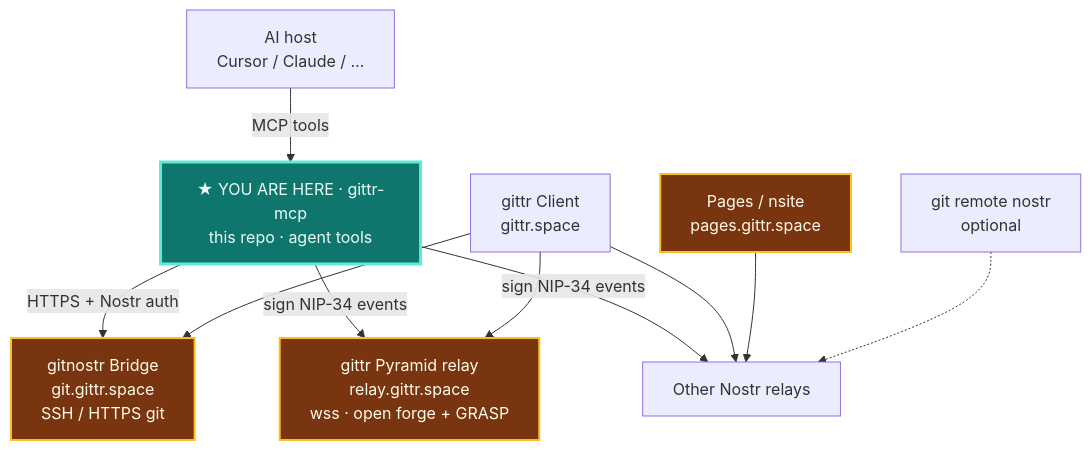
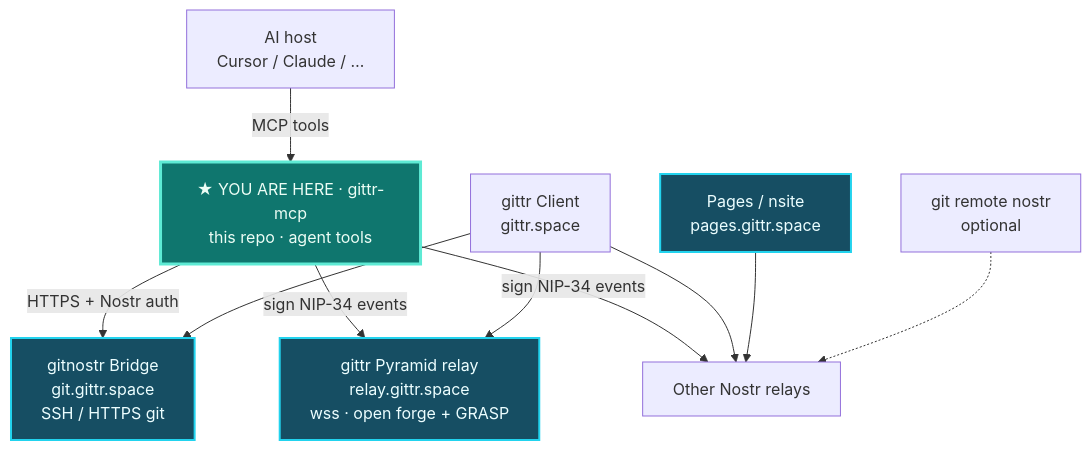
The diagram in README.md (arbadacarbaYK/gittr-mcp), drawn with Mermaid before and after one commit. The commit also changed other lines of this file, not shown here.

Commit message:
docs: use cyan host boxes on platform map for dark UI

````diff
--- a/README.md
+++ b/README.md
@@ -25,26 +25,26 @@
 ```mermaid
 flowchart TB
   Agent["AI host<br/>Cursor / Claude / …"]
   MCP["★ YOU ARE HERE · gittr-mcp<br/>this repo · agent tools"]
   UI["gittr Client<br/>gittr.space"]
   Bridge["gitnostr Bridge<br/>git.gittr.space<br/>SSH / HTTPS git"]
   RelayGittr["gittr Pyramid relay<br/>relay.gittr.space<br/>wss · open forge + GRASP"]
   Relays["Other Nostr relays"]
   Pages["Pages / nsite<br/>pages.gittr.space"]
   Remote["git remote nostr<br/>optional"]
 
   Agent -->|MCP tools| MCP
   MCP -->|HTTPS + Nostr auth| Bridge
   MCP -->|sign NIP-34 events| RelayGittr
   MCP -->|sign NIP-34 events| Relays
   UI --> RelayGittr
   UI --> Relays
   UI --> Bridge
   Pages --> Relays
   Remote -.-> Relays
 
   classDef youAreHere fill:#0f766e,stroke:#5eead4,stroke-width:3px,color:#ecfdf5
-  classDef hostUrl fill:#78350f,stroke:#fbbf24,stroke-width:2px,color:#fffbeb
+  classDef hostUrl fill:#164e63,stroke:#22d3ee,stroke-width:2px,color:#ecfeff
   class MCP youAreHere
   class Bridge,Pages,RelayGittr hostUrl
 ```
````
